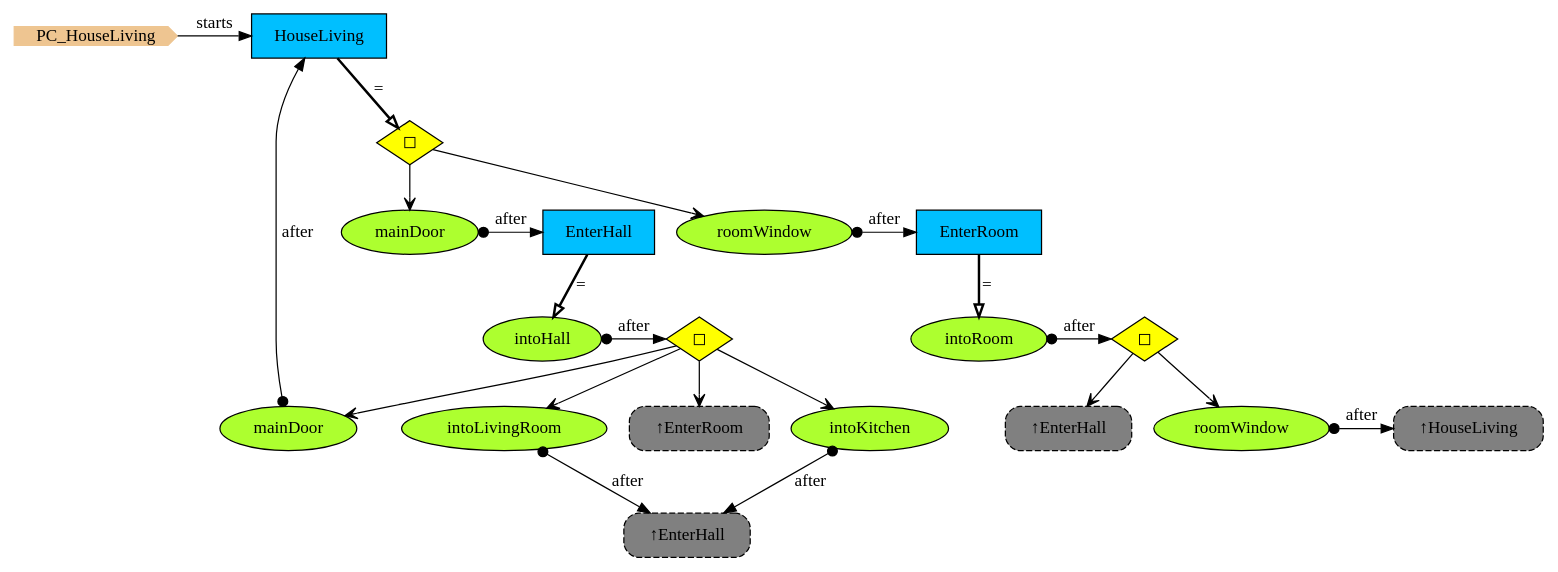
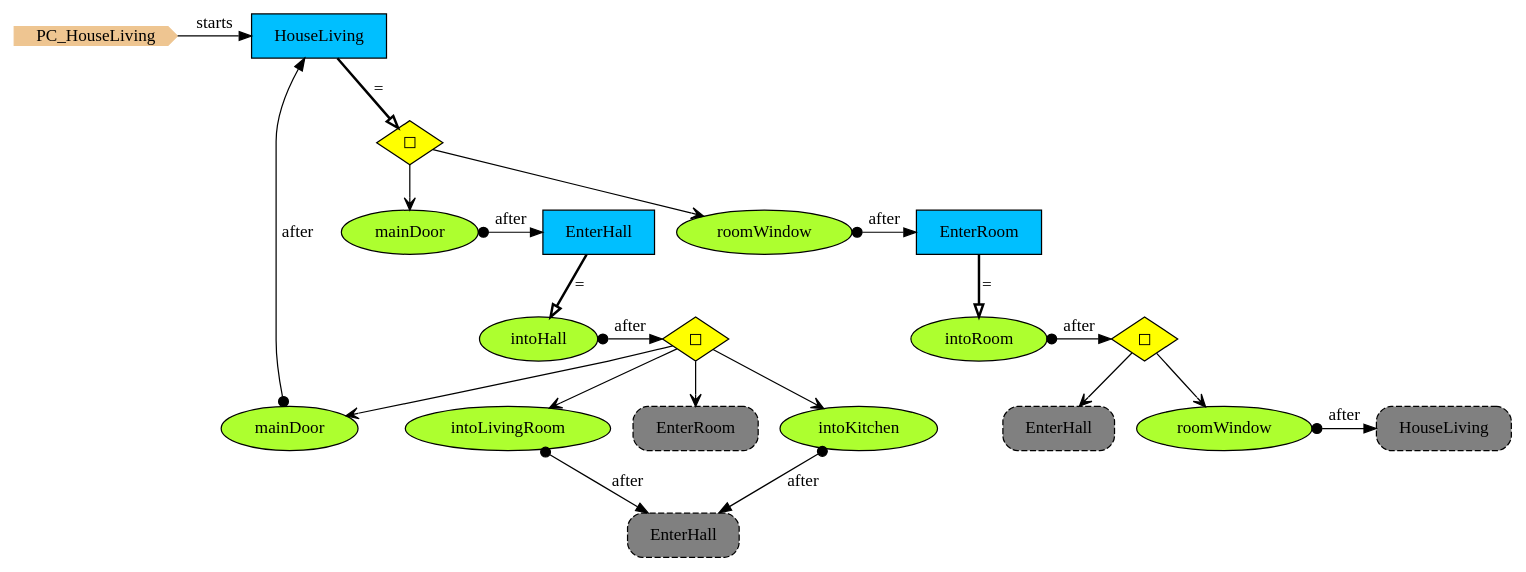
One commit to namalio/Fragmenta changed the diagram in Haskell/PCs/Examples/img/PC_HouseLiving.gv. Above: the diagram before and after it, drawn with Graphviz. The commit also changed 265 other files, not shown here.

```diff
--- a/Haskell/PCs/Examples/img/PC_HouseLiving.gv
+++ b/Haskell/PCs/Examples/img/PC_HouseLiving.gv
@@ -1,54 +1,54 @@
 digraph {
 
 StartN_ [shape = cds,color=burlywood2,style=filled,height=.2,width=.2, label =PC_HouseLiving];
 OpHouseLiving [shape=diamond,fillcolor=yellow,style=filled,label="◻︎"];
 mainDoor [shape=ellipse,fillcolor=greenyellow,style=filled,label="mainDoor"];
 intoHall [shape=ellipse,fillcolor=greenyellow,style=filled,label="intoHall"];
 EnterRoom [shape=box,fillcolor=deepskyblue,style = filled,label="EnterRoom "];
 OpInsideRoom [shape=diamond,fillcolor=yellow,style=filled,label="◻︎"];
 intoLivingRoom [shape=ellipse,fillcolor=greenyellow,style=filled,label="intoLivingRoom"];
 mainDoor2 [shape=ellipse,fillcolor=greenyellow,style=filled,label="mainDoor"];
-RefEnterHall2 [shape=rectangle,fillcolor=gray,style="rounded,filled,dashed",label="↑EnterHall "];
+RefEnterHall2 [shape=rectangle,fillcolor=gray,style="rounded,filled,dashed",label="EnterHall "];
 roomWindow2 [shape=ellipse,fillcolor=greenyellow,style=filled,label="roomWindow"];
-RefHouseLiving [shape=rectangle,fillcolor=gray,style="rounded,filled,dashed",label="↑HouseLiving "];
-RefEnterRoom [shape=rectangle,fillcolor=gray,style="rounded,filled,dashed",label="↑EnterRoom "];
-RefEnterHall [shape=rectangle,fillcolor=gray,style="rounded,filled,dashed",label="↑EnterHall "];
+RefHouseLiving [shape=rectangle,fillcolor=gray,style="rounded,filled,dashed",label="HouseLiving "];
+RefEnterRoom [shape=rectangle,fillcolor=gray,style="rounded,filled,dashed",label="EnterRoom "];
+RefEnterHall [shape=rectangle,fillcolor=gray,style="rounded,filled,dashed",label="EnterHall "];
 intoKitchen [shape=ellipse,fillcolor=greenyellow,style=filled,label="intoKitchen"];
 intoRoom [shape=ellipse,fillcolor=greenyellow,style=filled,label="intoRoom"];
 OpEnterHall [shape=diamond,fillcolor=yellow,style=filled,label="◻︎"];
 EnterHall [shape=box,fillcolor=deepskyblue,style = filled,label="EnterHall "];
 roomWindow [shape=ellipse,fillcolor=greenyellow,style=filled,label="roomWindow"];
 HouseLiving [shape=box,fillcolor=deepskyblue,style = filled,label="HouseLiving "];
 
 {rank=same;RefHouseLiving,roomWindow2}
 {rank=same;OpInsideRoom,intoRoom}
 {rank=same;EnterRoom,roomWindow}
 {rank=same;EnterHall,mainDoor}
 {rank=same;OpEnterHall,intoHall}
 {rank=same;HouseLiving,StartN_}
 
 roomWindow2->RefHouseLiving[arrowtail=dot,dir=both,label="after"];
 OpInsideRoom->roomWindow2[arrowhead="open"];
 intoRoom->OpInsideRoom[arrowtail=dot,dir=both,label="after"];
 mainDoor2->HouseLiving[arrowtail=dot,dir=both,label="after"];
 intoLivingRoom->RefEnterHall[arrowtail=dot,dir=both,label="after"];
 
 OpEnterHall->mainDoor2[arrowhead="open"];
 OpEnterHall->intoLivingRoom[arrowhead="open"];
 roomWindow->EnterRoom[arrowtail=dot,dir=both,label="after"];
 OpHouseLiving->roomWindow[arrowhead="open"];
 OpHouseLiving->mainDoor[arrowhead="open"];
 mainDoor->EnterHall[arrowtail=dot,dir=both,label="after"];
 intoHall->OpEnterHall[arrowtail=dot,dir=both,label="after"];
 OpEnterHall->intoKitchen[arrowhead="open"];
 
 
 intoKitchen->RefEnterHall[arrowtail=dot,dir=both,label="after"];
 OpEnterHall->RefEnterRoom[arrowhead="open"];
 OpInsideRoom->RefEnterHall2[arrowhead="open"];
 
 EnterRoom->intoRoom[arrowhead="onormal",penwidth=2,label="="];
 EnterHall->intoHall[arrowhead="onormal",penwidth=2,label="="];
 HouseLiving->OpHouseLiving[arrowhead="onormal",penwidth=2,label="="];
 StartN_->HouseLiving[label="starts"];
 }
```
